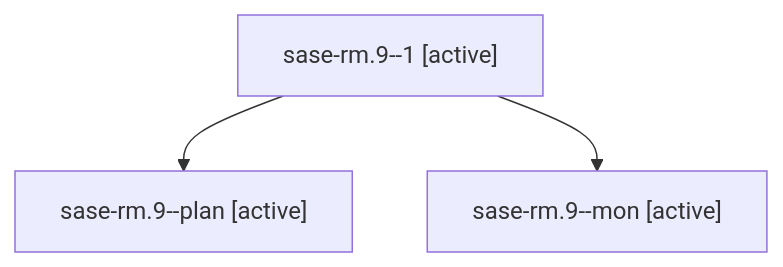
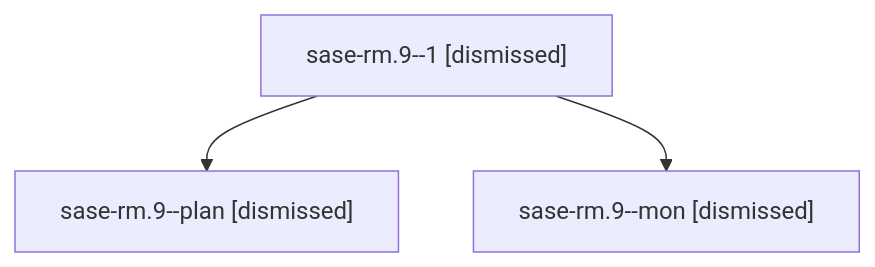
Before and after one commit to sase-org/sase--agents: the diagram in sessions/bbugyi200.athena.sase-rm.9.md, drawn with Mermaid. The commit also changed other lines of this file and 172 other files, not shown here.

````diff
--- a/sessions/bbugyi200.athena.sase-rm.9.md
+++ b/sessions/bbugyi200.athena.sase-rm.9.md
@@ -9,8 +9,8 @@
 ```mermaid
 flowchart TD
-  n0["sase-rm.9--1 [active]"]
-  n1["sase-rm.9--plan [active]"]
+  n0["sase-rm.9--1 [dismissed]"]
+  n1["sase-rm.9--plan [dismissed]"]
   n0 --> n1
-  n2["sase-rm.9--mon [active]"]
+  n2["sase-rm.9--mon [dismissed]"]
   n0 --> n2
 ```
````
